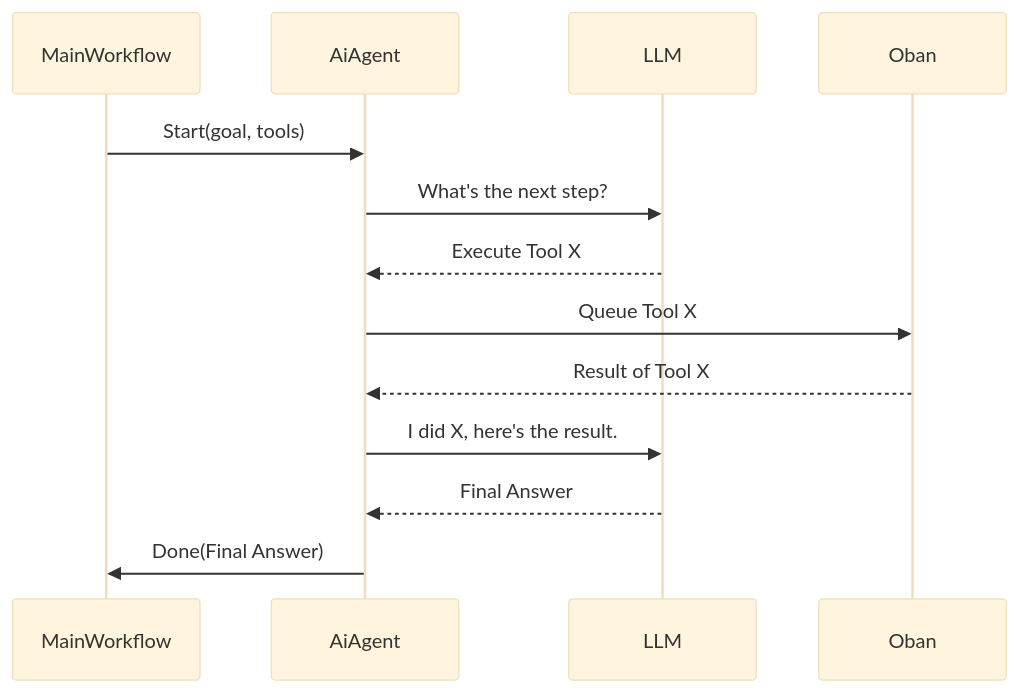
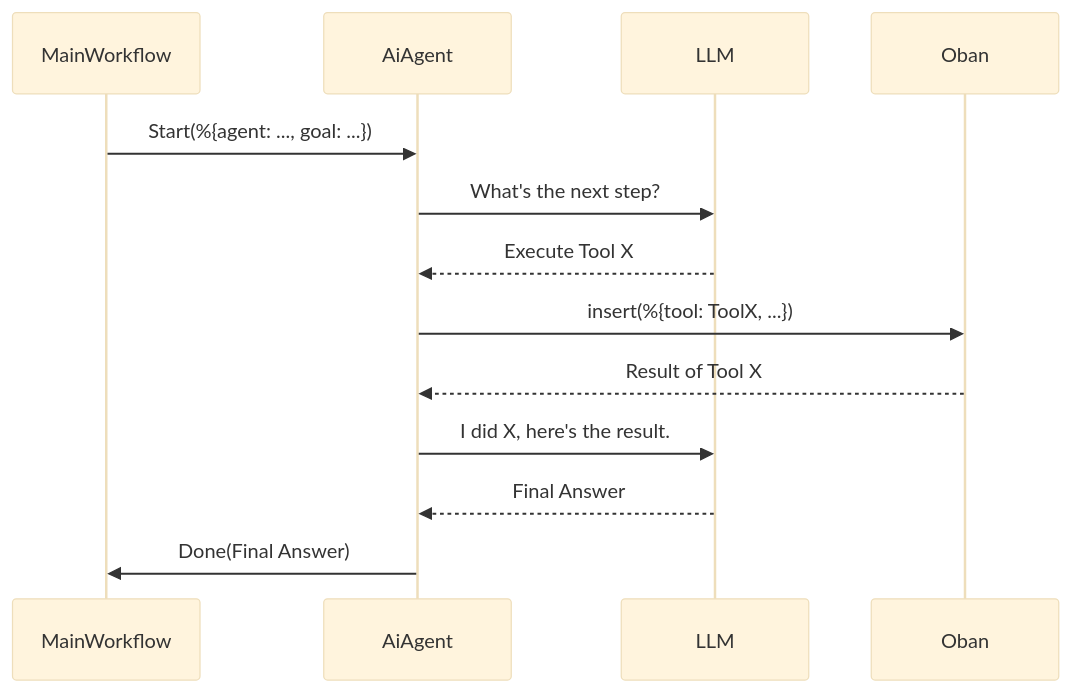
One commit to AdwayKasture/urza changed the fourth of 4 diagrams in README.md. Above: the diagram before and after it, drawn with Mermaid (base theme). The commit also changed other lines of this file and 8 other files, not shown here.

````diff
--- a/README.md
+++ b/README.md
@@ -130,16 +99,16 @@
 ```mermaid
 sequenceDiagram
     participant MainWorkflow
     participant AiAgent
     participant LLM
     participant Oban
 
-    MainWorkflow->>AiAgent: Start(goal, tools)
+    MainWorkflow->>AiAgent: Start(%{agent: ..., goal: ...})
     AiAgent->>LLM: What's the next step?
     LLM-->>AiAgent: Execute Tool X
-    AiAgent->>Oban: Queue Tool X
+    AiAgent->>Oban: insert(%{tool: ToolX, ...})
     Oban-->>AiAgent: Result of Tool X
     AiAgent->>LLM: I did X, here's the result.
     LLM-->>AiAgent: Final Answer
     AiAgent->>MainWorkflow: Done(Final Answer)
 ```
````
